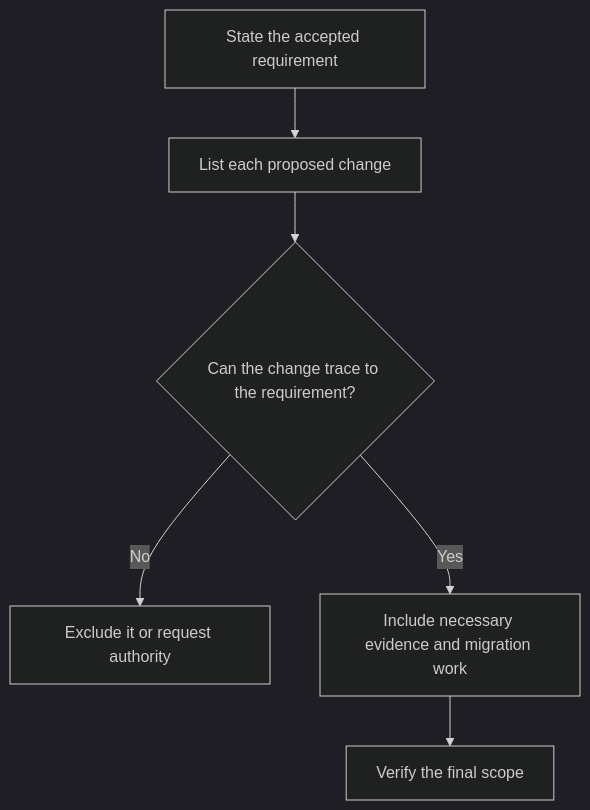
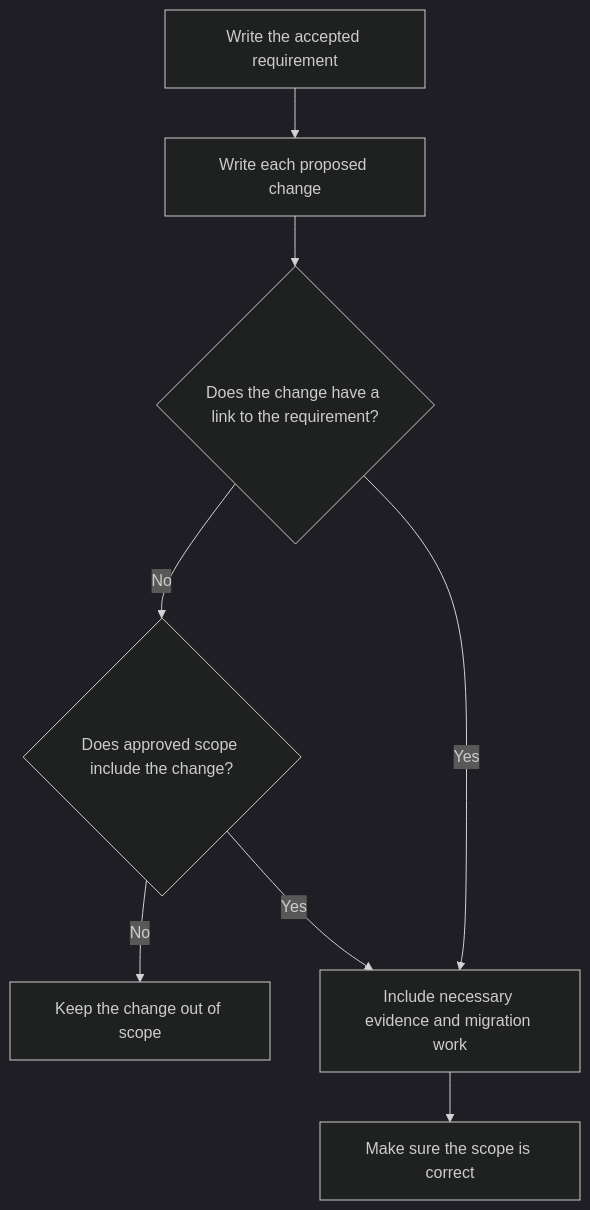
Before and after one commit to HomericIntelligence/Athena: the diagram in docs/principles/details/p010-scope-fidelity.md, drawn with Mermaid (dark theme). The commit also changed other lines of this file and 91 other files, not shown here.

````diff
--- a/docs/principles/details/p010-scope-fidelity.md
+++ b/docs/principles/details/p010-scope-fidelity.md
@@ -32,8 +33,10 @@
 ```mermaid
 flowchart TD
-    A["State the accepted requirement"] --> B["List each proposed change"]
-    B --> C{"Can the change trace to the requirement?"}
-    C -->|No| D["Exclude it or request authority"]
-    C -->|Yes| E["Include necessary evidence and migration work"]
-    E --> F["Verify the final scope"]
+    A["Write the accepted requirement"] --> B["Write each proposed change"]
+    B --> C{"Does the change have a link to the requirement?"}
+    C -->|No| D{"Does approved scope include the change?"}
+    D -->|No| G["Keep the change out of scope"]
+    D -->|Yes| E["Include necessary evidence and migration work"]
+    C -->|Yes| E
+    E --> F["Make sure the scope is correct"]
 ```
````
